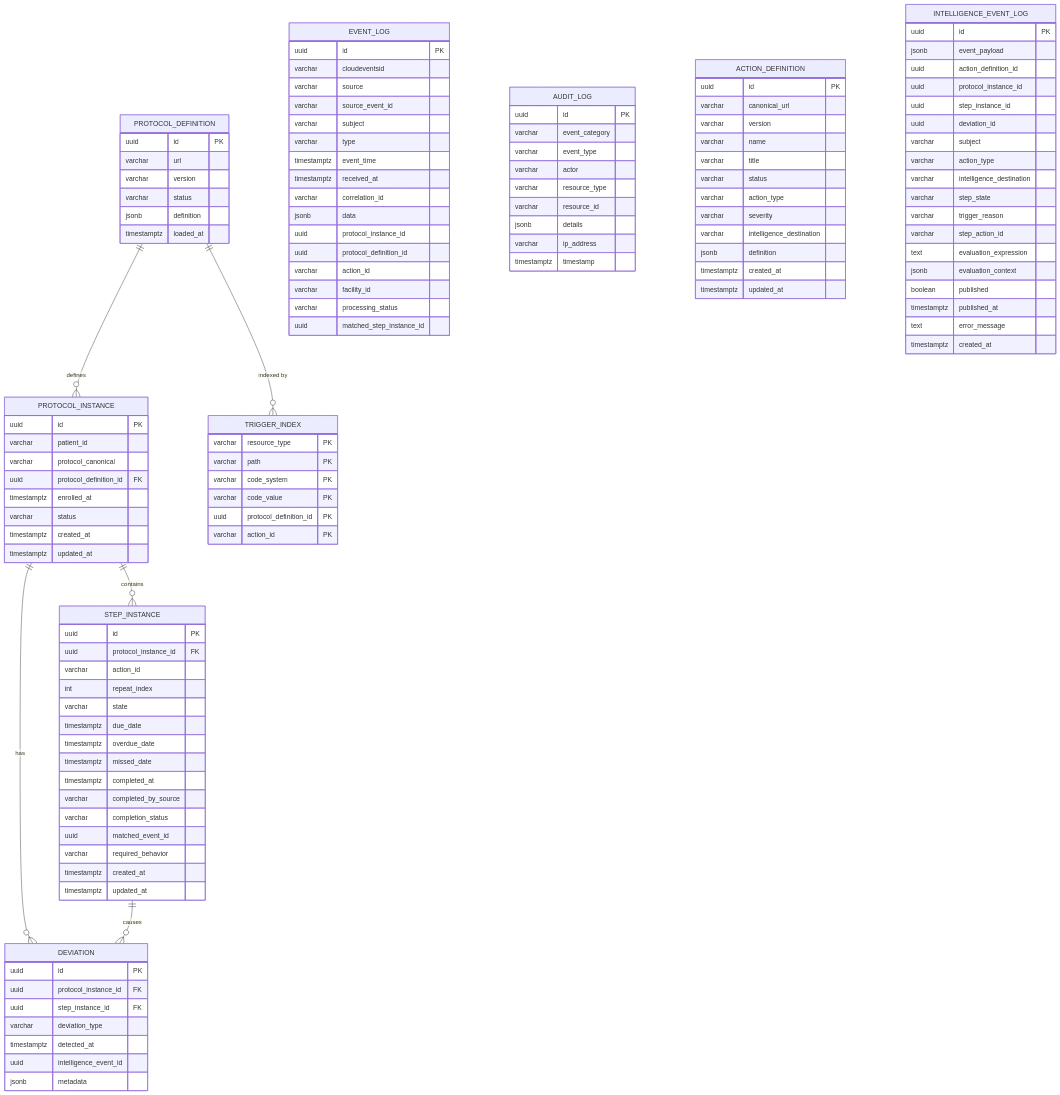
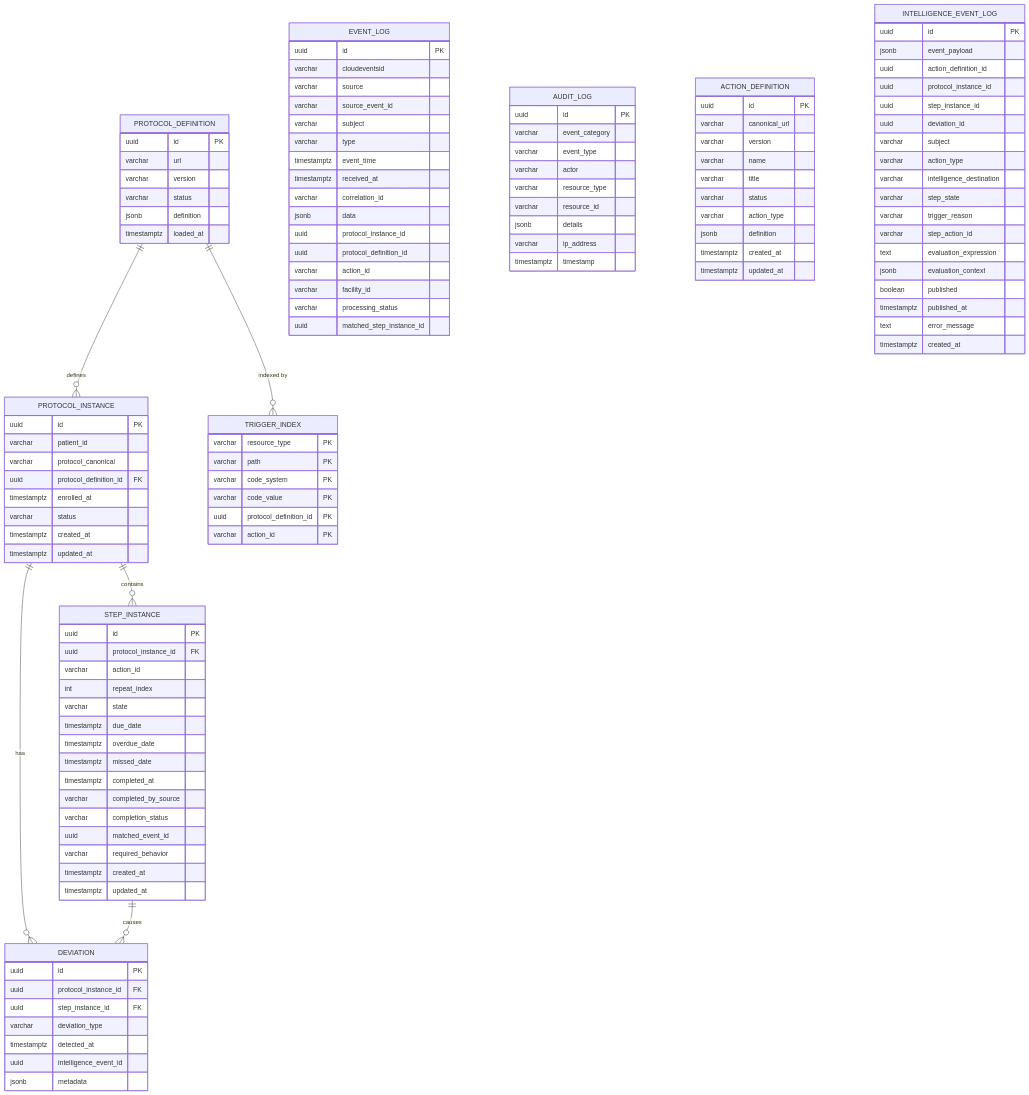
Before and after one commit to Jayaprakash8887/cce-compliance-service: the diagram in docs/data-dictionary.md, drawn with Mermaid. The commit also changed other lines of this file and 2 other files, not shown here.

Commit message:
refactor: remove severity and intelligenceDestination fields from ActionDefinition and update documentation to reflect required metadata

```diff
--- a/docs/data-dictionary.md
+++ b/docs/data-dictionary.md
@@ -131,8 +131,6 @@
         varchar title
         varchar status
         varchar action_type
-        varchar severity
-        varchar intelligence_destination
         jsonb definition
         timestamptz created_at
         timestamptz updated_at
```
